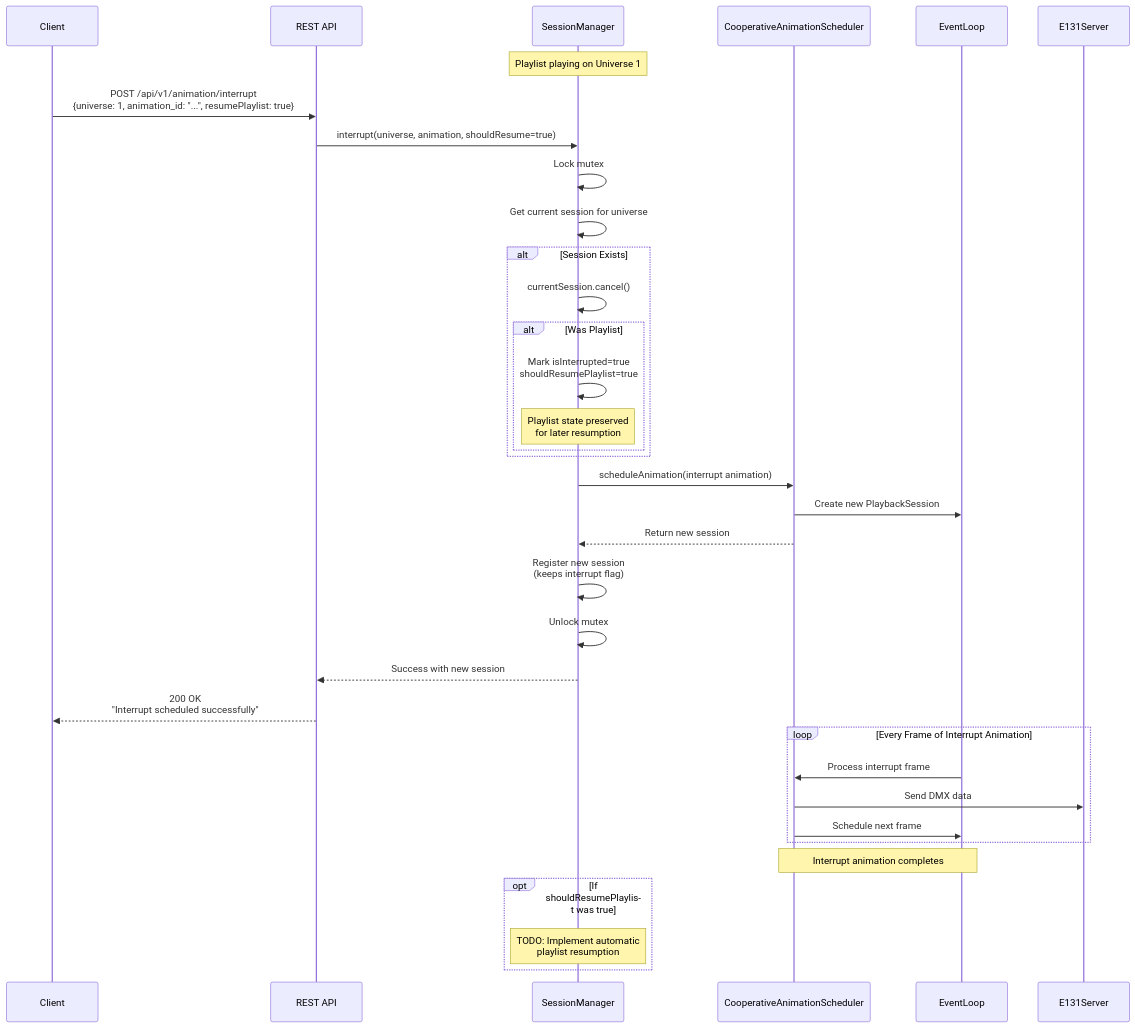
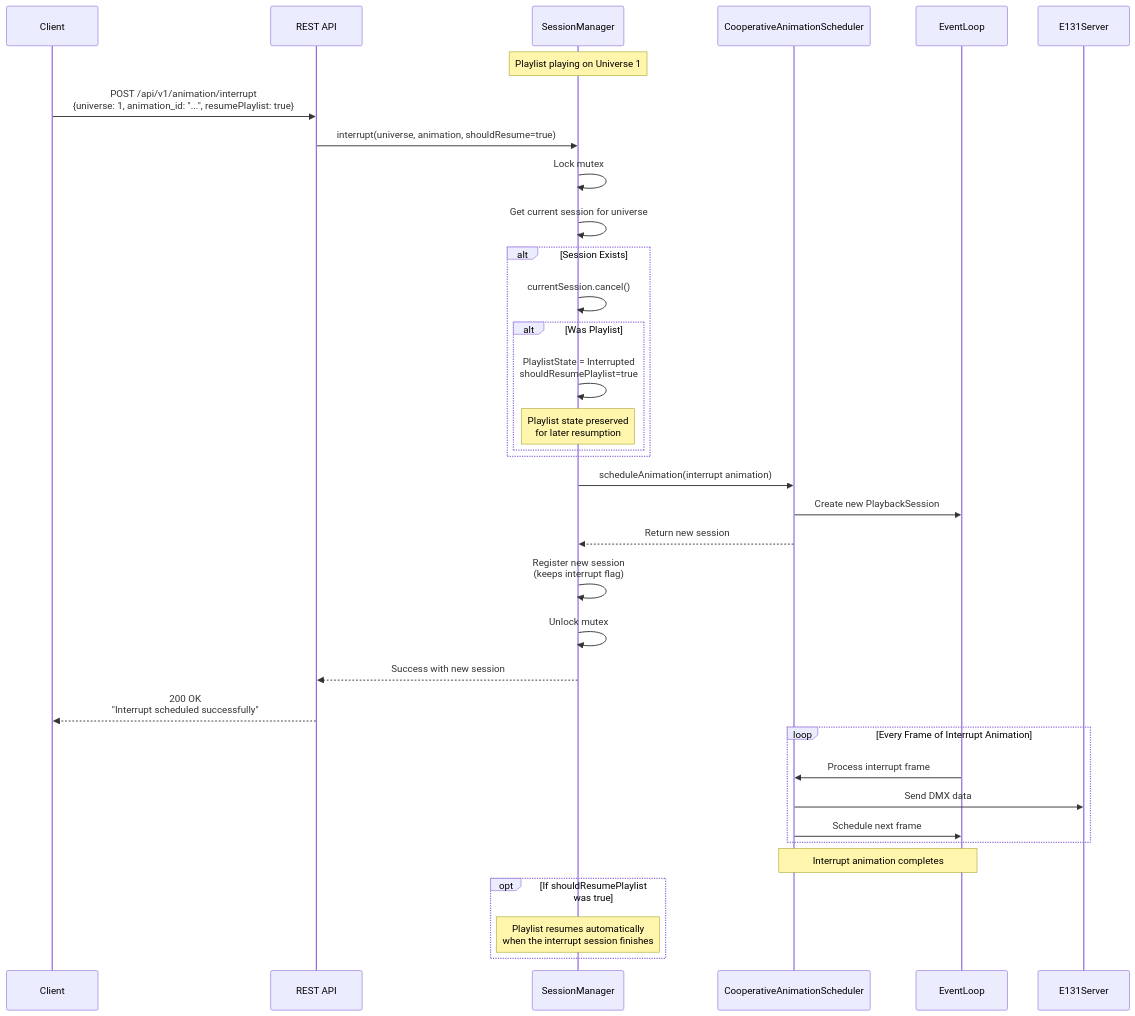
The second of 2 diagrams in docs/cooperative-scheduler.md (opsnlops/creature-server), drawn with Mermaid before and after one commit. The commit also changed other lines of this file and 3 other files, not shown here.

````diff
--- a/docs/cooperative-scheduler.md
+++ b/docs/cooperative-scheduler.md
@@ -93,46 +93,46 @@
 ```mermaid
 sequenceDiagram
     participant Client
     participant REST API
     participant SessionMgr as SessionManager
     participant Scheduler as CooperativeAnimationScheduler
     participant EventLoop
     participant E131 as E131Server
 
     Note over SessionMgr: Playlist playing on Universe 1
 
     Client->>REST API: POST /api/v1/animation/interrupt<br/>{universe: 1, animation_id: "...", resumePlaylist: true}
     REST API->>SessionMgr: interrupt(universe, animation, shouldResume=true)
 
         SessionMgr->>SessionMgr: Lock mutex
         SessionMgr->>SessionMgr: Get current session for universe
 
         alt Session Exists
             SessionMgr->>SessionMgr: currentSession.cancel()
             alt Was Playlist
-                SessionMgr->>SessionMgr: Mark isInterrupted=true<br/>shouldResumePlaylist=true
+                SessionMgr->>SessionMgr: PlaylistState = Interrupted<br/>shouldResumePlaylist=true
                 Note over SessionMgr: Playlist state preserved<br/>for later resumption
             end
         end
 
         SessionMgr->>Scheduler: scheduleAnimation(interrupt animation)
         Scheduler->>EventLoop: Create new PlaybackSession
         Scheduler-->>SessionMgr: Return new session
         SessionMgr->>SessionMgr: Register new session<br/>(keeps interrupt flag)
         SessionMgr->>SessionMgr: Unlock mutex
 
         SessionMgr-->>REST API: Success with new session
         REST API-->>Client: 200 OK<br/>"Interrupt scheduled successfully"
 
         loop Every Frame of Interrupt Animation
             EventLoop->>Scheduler: Process interrupt frame
             Scheduler->>E131: Send DMX data
             Scheduler->>EventLoop: Schedule next frame
         end
 
         Note over Scheduler,EventLoop: Interrupt animation completes
 
         opt If shouldResumePlaylist was true
-            Note over SessionMgr: TODO: Implement automatic<br/>playlist resumption
+            Note over SessionMgr: Playlist resumes automatically<br/>when the interrupt session finishes
         end
 ```
````
